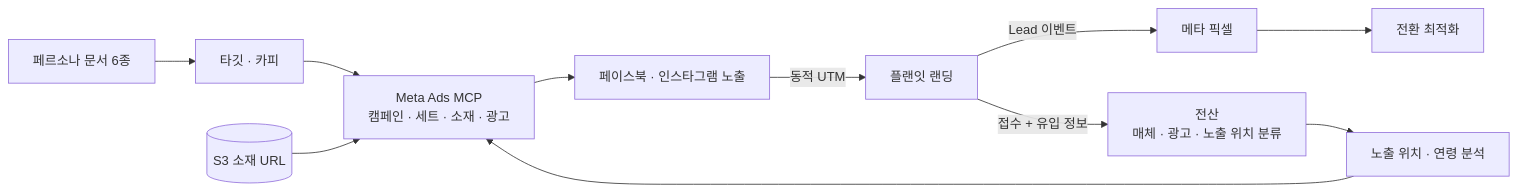
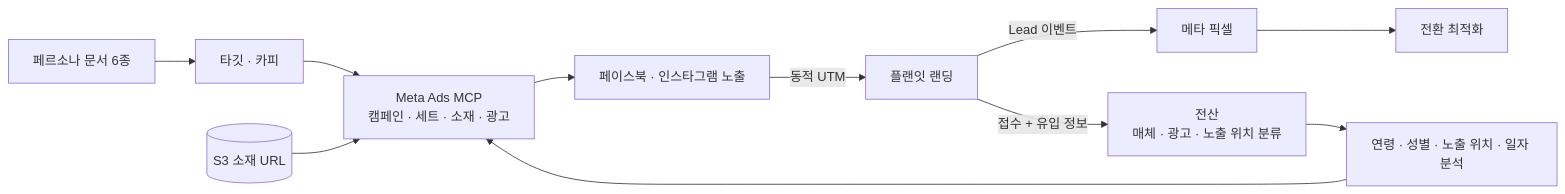
One commit to limHyeonTaek/portfolio changed the diagram in projects/meta-ads.md. Above: the diagram before and after it, drawn with Mermaid. The commit also changed other lines of this file and 8 other files, not shown here.

````diff
--- a/projects/meta-ads.md
+++ b/projects/meta-ads.md
@@ -32,12 +34,12 @@
 ```mermaid
 flowchart LR
   PS[페르소나 문서 6종] --> CP[타깃 · 카피]
   CP --> MCP[Meta Ads MCP<br/>캠페인 · 세트 · 소재 · 광고]
   S3[(S3 소재 URL)] --> MCP
   MCP --> AD[페이스북 · 인스타그램 노출]
   AD -- 동적 UTM --> LP[플랜잇 랜딩]
   LP -- Lead 이벤트 --> PX[메타 픽셀] --> OPT[전환 최적화]
   LP -- 접수 + 유입 정보 --> CRM[전산<br/>매체 · 광고 · 노출 위치 분류]
-  CRM --> AN[노출 위치 · 연령 분석]
+  CRM --> AN[연령 · 성별 · 노출 위치 · 일자 분석]
   AN --> MCP
 ```
````
